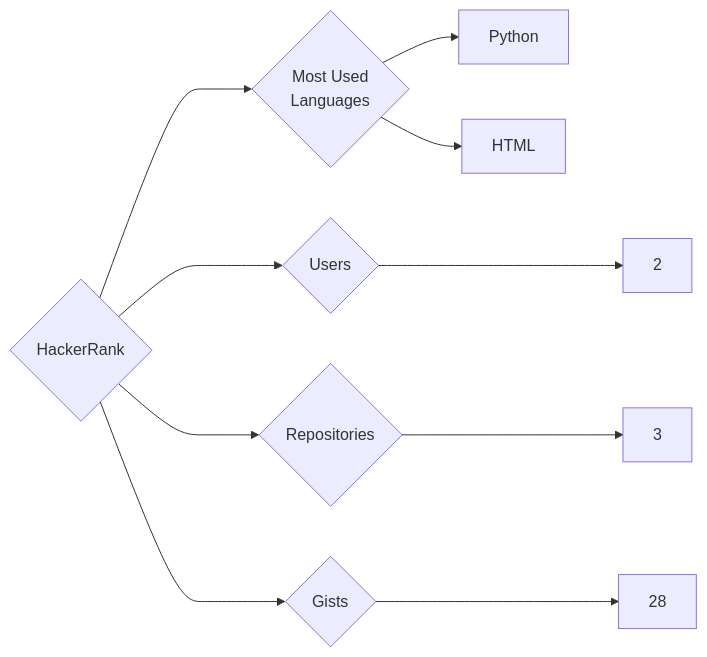
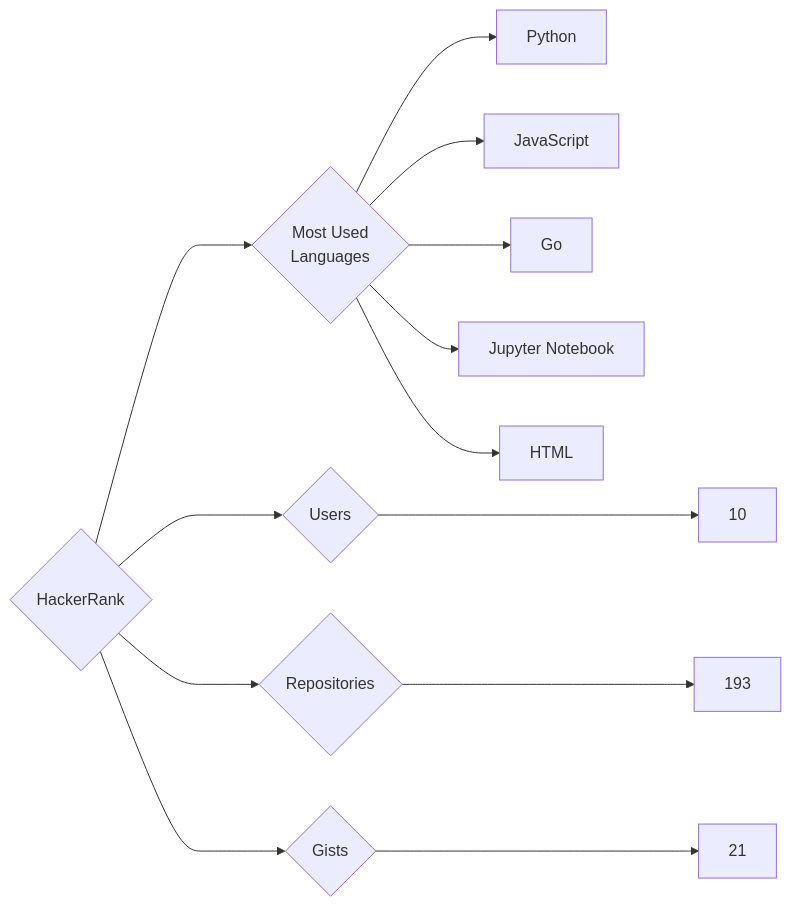
The diagram in targets/HackerRank/README.md (trickest/insiders), drawn with Mermaid before and after one commit. The commit also changed 1003 other files, not shown here.

````diff
--- a/targets/HackerRank/README.md
+++ b/targets/HackerRank/README.md
@@ -3,10 +3,13 @@
 ```mermaid
 graph LR
 COMPANY_NAME{HackerRank}
-COMPANY_NAME ---> U{Users} ---> UN[2]
-COMPANY_NAME ---> R{Repositories} ---> RN[3]
-COMPANY_NAME ---> G{Gists} ---> GN[28]
+COMPANY_NAME ---> U{Users} ---> UN[10]
+COMPANY_NAME ---> R{Repositories} ---> RN[193]
+COMPANY_NAME ---> G{Gists} ---> GN[21]
 COMPANY_NAME ---> ML{Most Used<br>Languages}
 ML --> Python[Python]
+ML --> JavaScript[JavaScript]
+ML --> Go[Go]
+ML --> Jupyter_Notebook[Jupyter Notebook]
 ML --> HTML[HTML]
 ```
````
